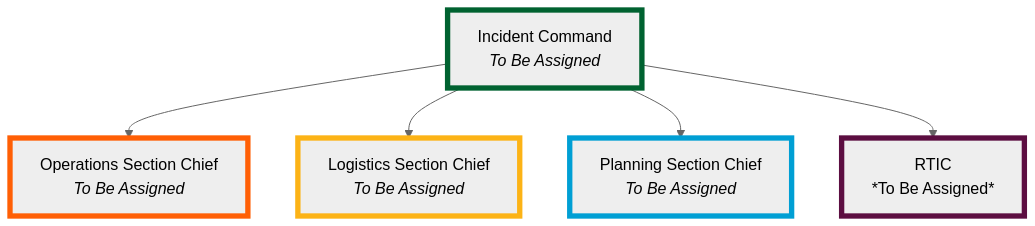
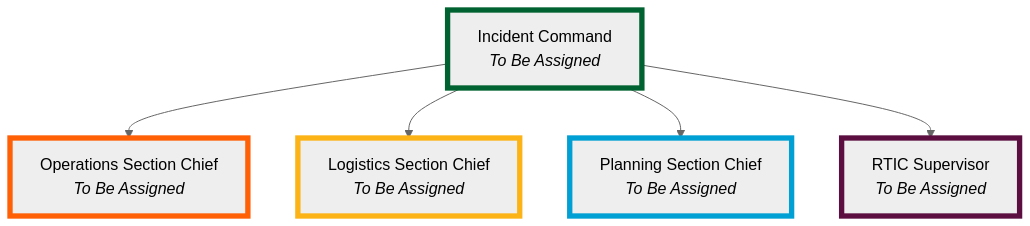
The diagram in data/md/template/ics/ics-207.md (jasonheimbaugh/EMMA), drawn with Mermaid (neutral theme) before and after one commit. The commit also changed 1 other file, not shown here.

Commit message:
ICS 207: RTIC Supervisor; remove blank-line workarounds

````diff
--- a/data/md/template/ics/ics-207.md
+++ b/data/md/template/ics/ics-207.md
@@ -3,31 +3,30 @@
 ```mermaid
 flowchart TB
     ic["`Incident Command
     *To Be Assigned*`"]
     ops["`Operations Section Chief
     *To Be Assigned*`"]
     log["`Logistics Section Chief
     *To Be Assigned*`"]
     plan["`Planning Section Chief
     *To Be Assigned*`"]
-    rtic["`RTIC
-     
+    rtic["`RTIC Supervisor
     *To Be Assigned*`"]
 
     ic --> ops
     ic --> log
     ic --> plan
     ic --> rtic
 
     classDef prairie stroke:#006230,stroke-width:4pt
     classDef orange stroke:#ff5f05,stroke-width:4pt
     classDef harvest stroke:#fcb316,stroke-width:4pt
     classDef arches stroke:#009fd4,stroke-width:4pt
     classDef berry stroke:#5c0e41,stroke-width:4pt
 
     class ic prairie
     class ops orange
     class log harvest
     class plan arches
     class rtic berry
 ```
````
